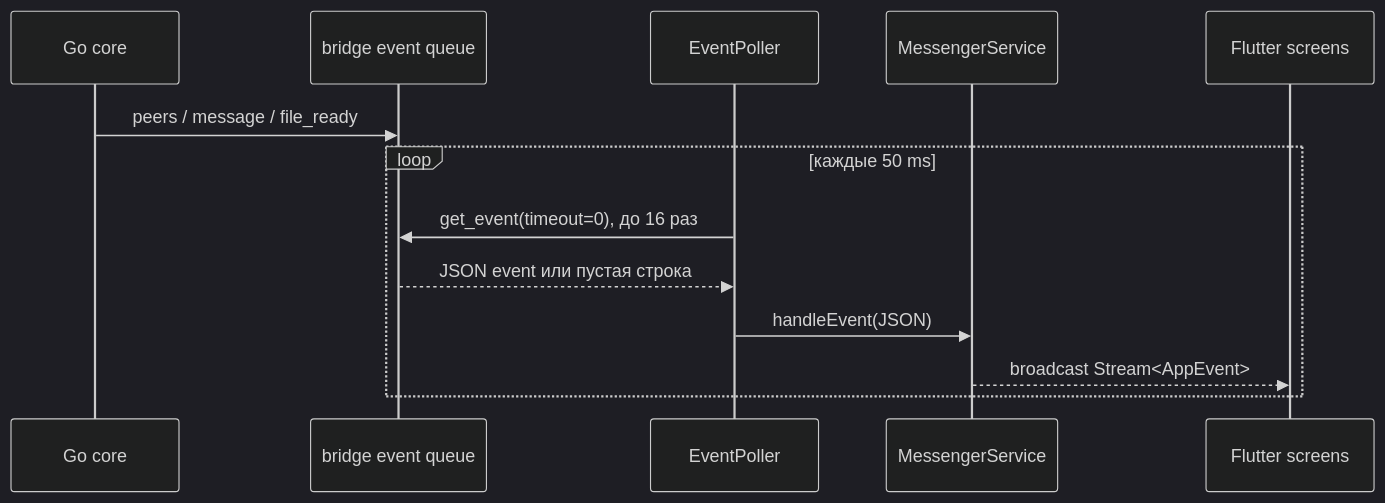
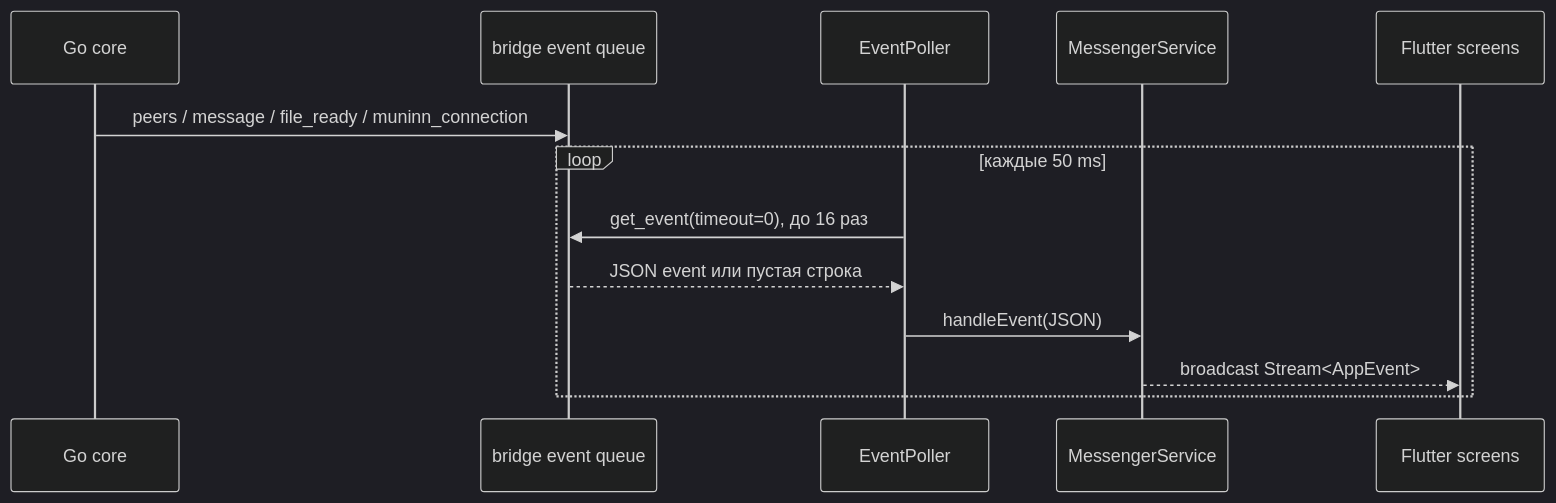
One commit to killbane1232/huginn-messenger-flutter changed the third of 3 diagrams in docs/flutter-application.md. Above: the diagram before and after it, drawn with Mermaid (dark theme). The commit also changed other lines of this file and 10 other files, not shown here.

Commit message:
Fix Android system insets and show Muninn connection status

````diff
--- a/docs/flutter-application.md
+++ b/docs/flutter-application.md
@@ -278,16 +291,16 @@
 ```mermaid
 sequenceDiagram
     participant Core as Go core
     participant Q as bridge event queue
     participant Poll as EventPoller
     participant S as MessengerService
     participant UI as Flutter screens
 
-    Core->>Q: peers / message / file_ready
+    Core->>Q: peers / message / file_ready / muninn_connection
     loop каждые 50 ms
         Poll->>Q: get_event(timeout=0), до 16 раз
         Q-->>Poll: JSON event или пустая строка
         Poll->>S: handleEvent(JSON)
         S-->>UI: broadcast Stream<AppEvent>
     end
 ```
````
